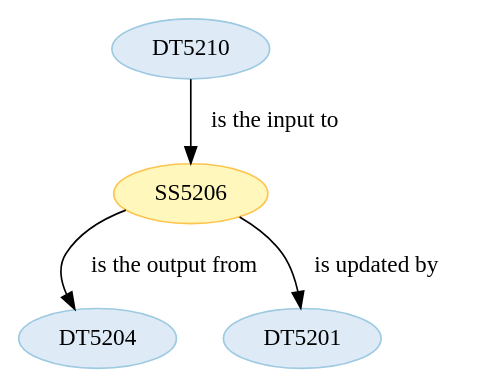
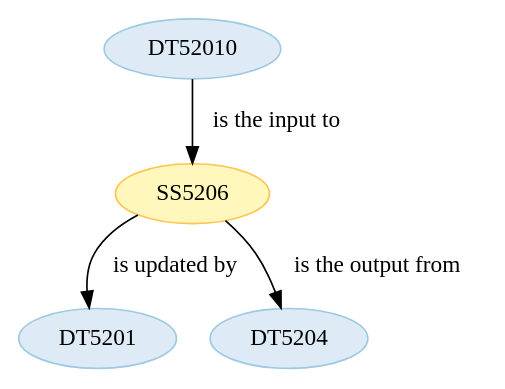
Before and after one commit to Marco-Salvi/cwl-test: the diagram in wf5201/ST520106.dot, drawn with Graphviz. The commit also changed 28 other files, not shown here.

```diff
--- a/wf5201/ST520106.dot
+++ b/wf5201/ST520106.dot
@@ -1,18 +1,18 @@
 strict digraph {
 
 
 	"SS5206" [ color="2", colorscheme="ylorbr3", fillcolor="1", style="filled",  weight=0 ];
 
+	"SS5206" -> "DT5201" [ label="is updated by", labeltooltip="DT5201 - is updated by - SS5206",  weight=0 ];
+
 	"SS5206" -> "DT5204" [ label="is the output from", labeltooltip="DT5204 - is the output from - SS5206",  weight=0 ];
-
-	"SS5206" -> "DT5201" [ label="is updated by", labeltooltip="DT5201 - is updated by - SS5206",  weight=0 ];
 
 	"DT5201" [ color="2", colorscheme="blues3", fillcolor="1", style="filled",  weight=0 ];
 
+	"DT52010" [ color="2", colorscheme="blues3", fillcolor="1", style="filled",  weight=0 ];
+
+	"DT52010" -> "SS5206" [ label="is the input to", labeltooltip="DT52010 - is the input to - SS5206",  weight=0 ];
+
 	"DT5204" [ color="2", colorscheme="blues3", fillcolor="1", style="filled",  weight=0 ];
 
-	"DT5210" [ color="2", colorscheme="blues3", fillcolor="1", style="filled",  weight=0 ];
-
-	"DT5210" -> "SS5206" [ label="is the input to", labeltooltip="DT5210 - is the input to - SS5206",  weight=0 ];
-
 }
```
